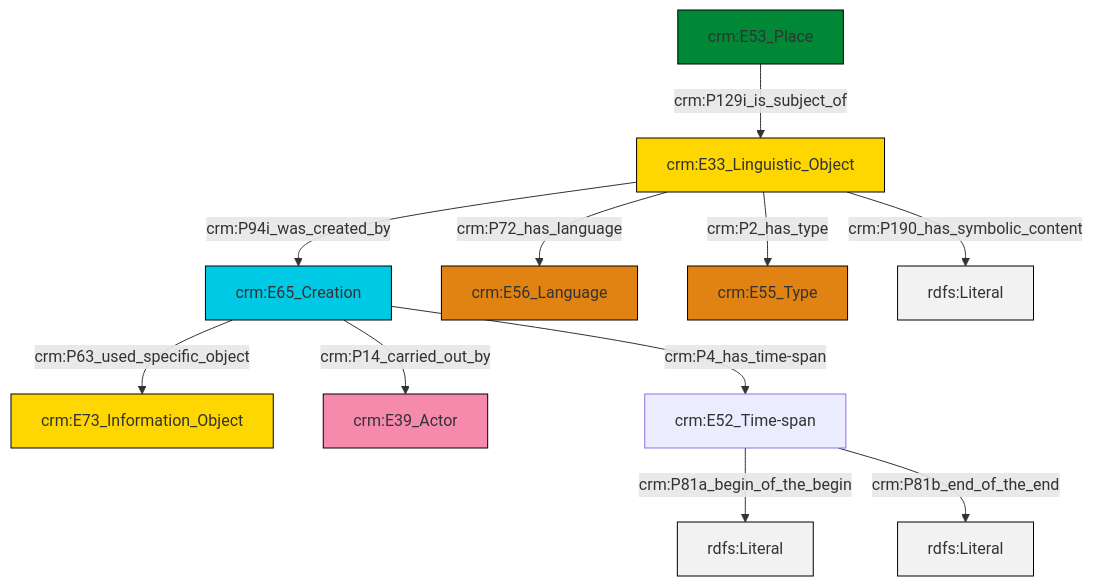
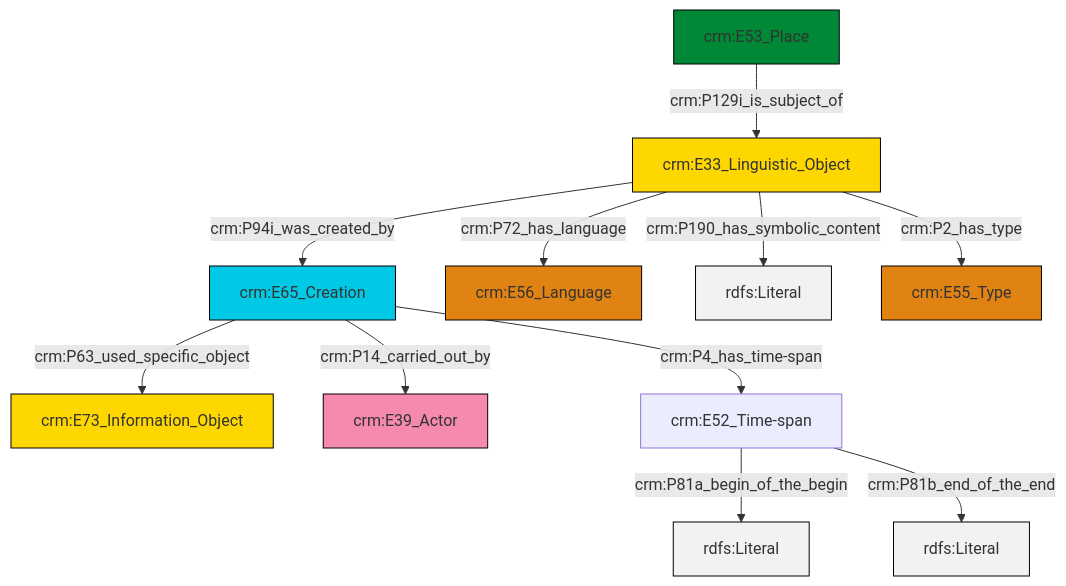
Before and after one commit to swiss-art-research-net/docs.swissartresearch: the diagram in et/placeCSV/ttl/mmd/place_description.ttl.mmd, drawn with Mermaid. The commit also changed 175 other files, not shown here.

```diff
--- a/et/placeCSV/ttl/mmd/place_description.ttl.mmd
+++ b/et/placeCSV/ttl/mmd/place_description.ttl.mmd
@@ -1,25 +1,25 @@
 graph TD
 classDef Literal fill:#f2f2f2,stroke:#000000;
 classDef CRM_Entity fill:#FFFFFF,stroke:#000000;
 classDef Temporal_Entity fill:#00C9E6, stroke:#000000;
 classDef Type fill:#E18312, stroke:#000000;
 classDef Time-Span fill:#2C9C91, stroke:#000000;
 classDef Appellation fill:#FFEB7F, stroke:#000000;
 classDef Place fill:#008836, stroke:#000000;
 classDef Persistent_Item fill:#B266B2, stroke:#000000;
 classDef Conceptual_Object fill:#FFD700, stroke:#000000;
 classDef Physical_Thing fill:#D2B48C, stroke:#000000;
 classDef Actor fill:#f58aad, stroke:#000000;
 classDef PC_Classes fill:#4ce600, stroke:#000000;
 classDef Multi fill:#cccccc,stroke:#000000;
 
 0["crm:E65_Creation"]:::Temporal_Entity -->|crm:P63_used_specific_object| 1["crm:E73_Information_Object"]:::Conceptual_Object
-0["crm:E65_Creation"]:::Temporal_Entity -->|crm:P14_carried_out_by| 3["crm:E39_Actor"]:::Actor
-4["crm:E53_Place"]:::Place -->|crm:P129i_is_subject_of| 7["crm:E33_Linguistic_Object"]:::Conceptual_Object
-7["crm:E33_Linguistic_Object"]:::Conceptual_Object -->|crm:P190_has_symbolic_content| 13[rdfs:Literal]:::Literal
-7["crm:E33_Linguistic_Object"]:::Conceptual_Object -->|crm:P2_has_type| 11["crm:E55_Type"]:::Type
-0["crm:E65_Creation"]:::Temporal_Entity -->|crm:P4_has_time-span| 15["crm:E52_Time-span"]:::Default
-15["crm:E52_Time-span"]:::Default -->|crm:P81a_begin_of_the_begin| 17[rdfs:Literal]:::Literal
-7["crm:E33_Linguistic_Object"]:::Conceptual_Object -->|crm:P72_has_language| 8["crm:E56_Language"]:::Type
-15["crm:E52_Time-span"]:::Default -->|crm:P81b_end_of_the_end| 18[rdfs:Literal]:::Literal
-7["crm:E33_Linguistic_Object"]:::Conceptual_Object -->|crm:P94i_was_created_by| 0["crm:E65_Creation"]:::Temporal_Entity
+2["crm:E33_Linguistic_Object"]:::Conceptual_Object -->|crm:P72_has_language| 3["crm:E56_Language"]:::Type
+2["crm:E33_Linguistic_Object"]:::Conceptual_Object -->|crm:P94i_was_created_by| 0["crm:E65_Creation"]:::Temporal_Entity
+0["crm:E65_Creation"]:::Temporal_Entity -->|crm:P14_carried_out_by| 4["crm:E39_Actor"]:::Actor
+2["crm:E33_Linguistic_Object"]:::Conceptual_Object -->|crm:P190_has_symbolic_content| 5[rdfs:Literal]:::Literal
+8["crm:E52_Time-span"]:::Default -->|crm:P81a_begin_of_the_begin| 9[rdfs:Literal]:::Literal
+2["crm:E33_Linguistic_Object"]:::Conceptual_Object -->|crm:P2_has_type| 10["crm:E55_Type"]:::Type
+8["crm:E52_Time-span"]:::Default -->|crm:P81b_end_of_the_end| 11[rdfs:Literal]:::Literal
+12["crm:E53_Place"]:::Place -->|crm:P129i_is_subject_of| 2["crm:E33_Linguistic_Object"]:::Conceptual_Object
+0["crm:E65_Creation"]:::Temporal_Entity -->|crm:P4_has_time-span| 8["crm:E52_Time-span"]:::Default
```
